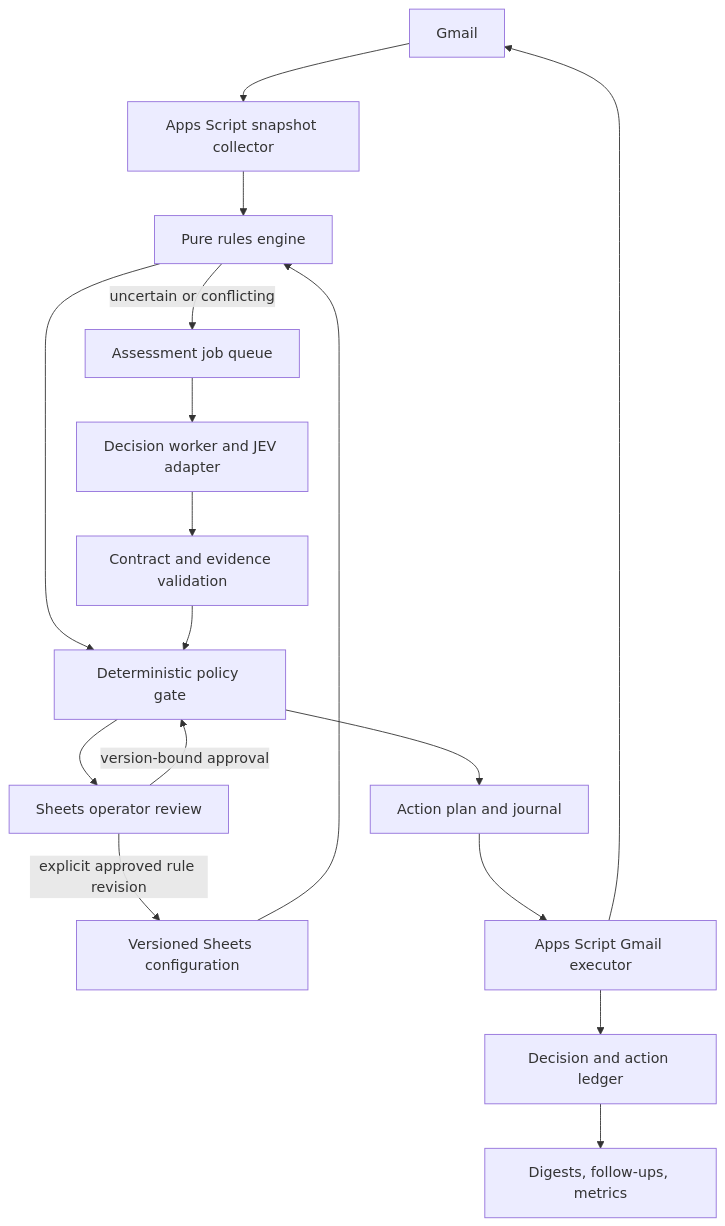
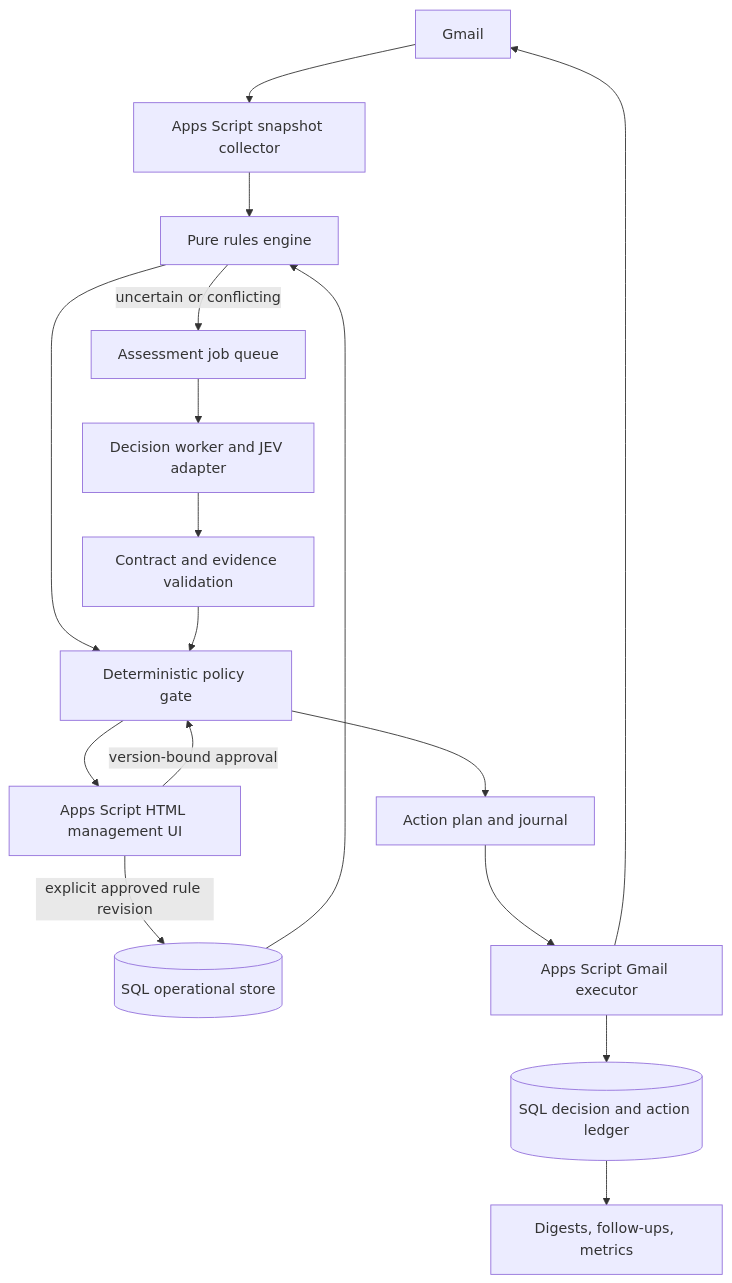
The diagram in docs/architecture.md (dacvetux/gmail-focus-assistant), drawn with Mermaid before and after one commit. The commit also changed other lines of this file and 6 other files, not shown here.

Commit message:
Adopt SQL store and Apps Script management UI

````diff
--- a/docs/architecture.md
+++ b/docs/architecture.md
@@ -19,19 +19,19 @@
 ```mermaid
 flowchart TD
   G[Gmail] --> S[Apps Script snapshot collector]
-  C[Versioned Sheets configuration] --> R[Pure rules engine]
+  C[(SQL operational store)] --> R[Pure rules engine]
   S --> R
   R -->|uncertain or conflicting| Q[Assessment job queue]
   Q --> W[Decision worker and JEV adapter]
   W --> V[Contract and evidence validation]
   R --> P[Deterministic policy gate]
   V --> P
-  P --> H[Sheets operator review]
+  P --> H[Apps Script HTML management UI]
   H -->|version-bound approval| P
   P --> A[Action plan and journal]
   A --> E[Apps Script Gmail executor]
   E --> G
-  E --> L[Decision and action ledger]
+  E --> L[(SQL decision and action ledger)]
   L --> D[Digests, follow-ups, metrics]
   H -->|explicit approved rule revision| C
 ```
````
